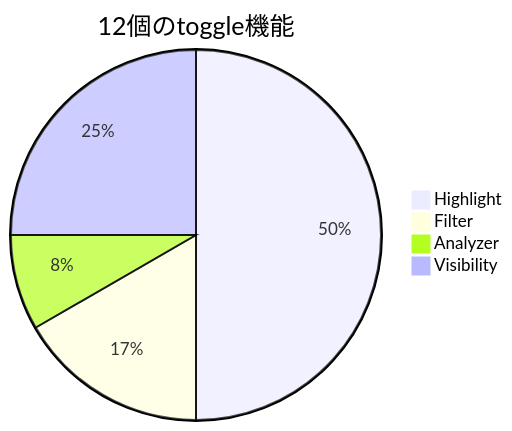
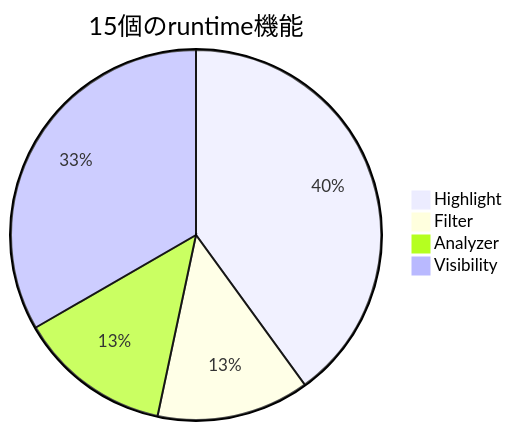
Before and after one commit to bosatsu25/ChiseTweaks: the second of 2 diagrams in README.md, drawn with Mermaid. The commit also changed other lines of this file, not shown here.

````diff
--- a/README.md
+++ b/README.md
@@ -30,7 +69,7 @@
 ```mermaid
-pie title 12個のtoggle機能
+pie title 15個のruntime機能
     "Highlight" : 6
     "Filter" : 2
-    "Analyzer" : 1
-    "Visibility" : 3
+    "Analyzer" : 2
+    "Visibility" : 5
 ```
````
